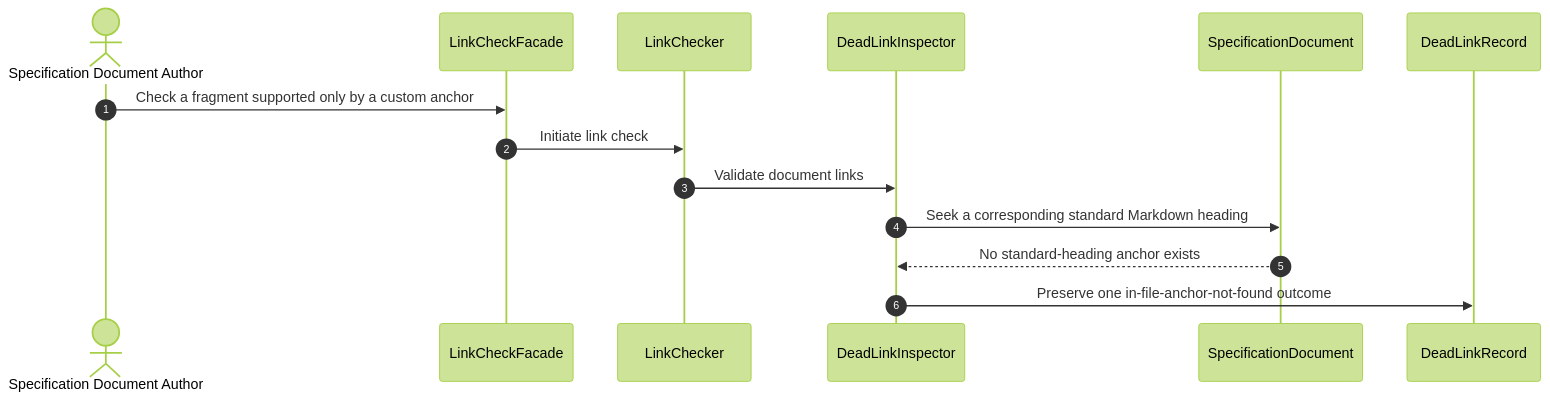
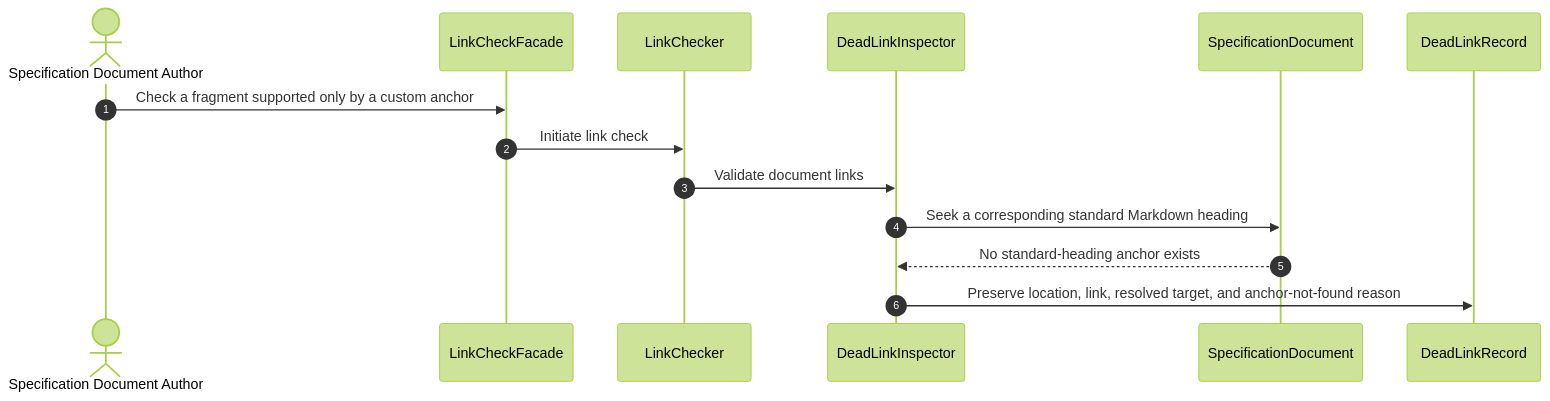
Diagram 16 of 47 in specs/md-linkage/design.md (huang-xiao-jian/bluey), drawn with Mermaid (forest theme) before and after one commit. The commit also changed other lines of this file and 15 other files, not shown here.

````diff
--- a/specs/md-linkage/design.md
+++ b/specs/md-linkage/design.md
@@ -619,17 +619,17 @@
 ```mermaid
 sequenceDiagram
     autonumber
     actor Author as Specification Document Author
     participant Submission as LinkCheckFacade
     participant Check as LinkChecker
     participant Detection as DeadLinkInspector
     participant Document as SpecificationDocument
     participant Record as DeadLinkRecord
 
     Author->>Submission: Check a fragment supported only by a custom anchor
     Submission->>Check: Initiate link check
     Check->>Detection: Validate document links
     Detection->>Document: Seek a corresponding standard Markdown heading
     Document-->>Detection: No standard-heading anchor exists
-    Detection->>Record: Preserve one in-file-anchor-not-found outcome
+    Detection->>Record: Preserve location, link, resolved target, and anchor-not-found reason
 ```
````
